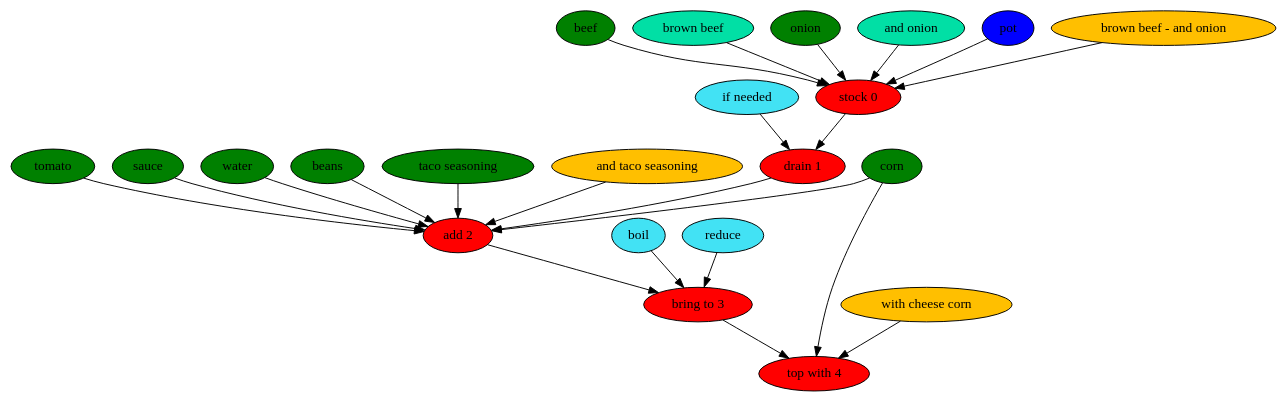
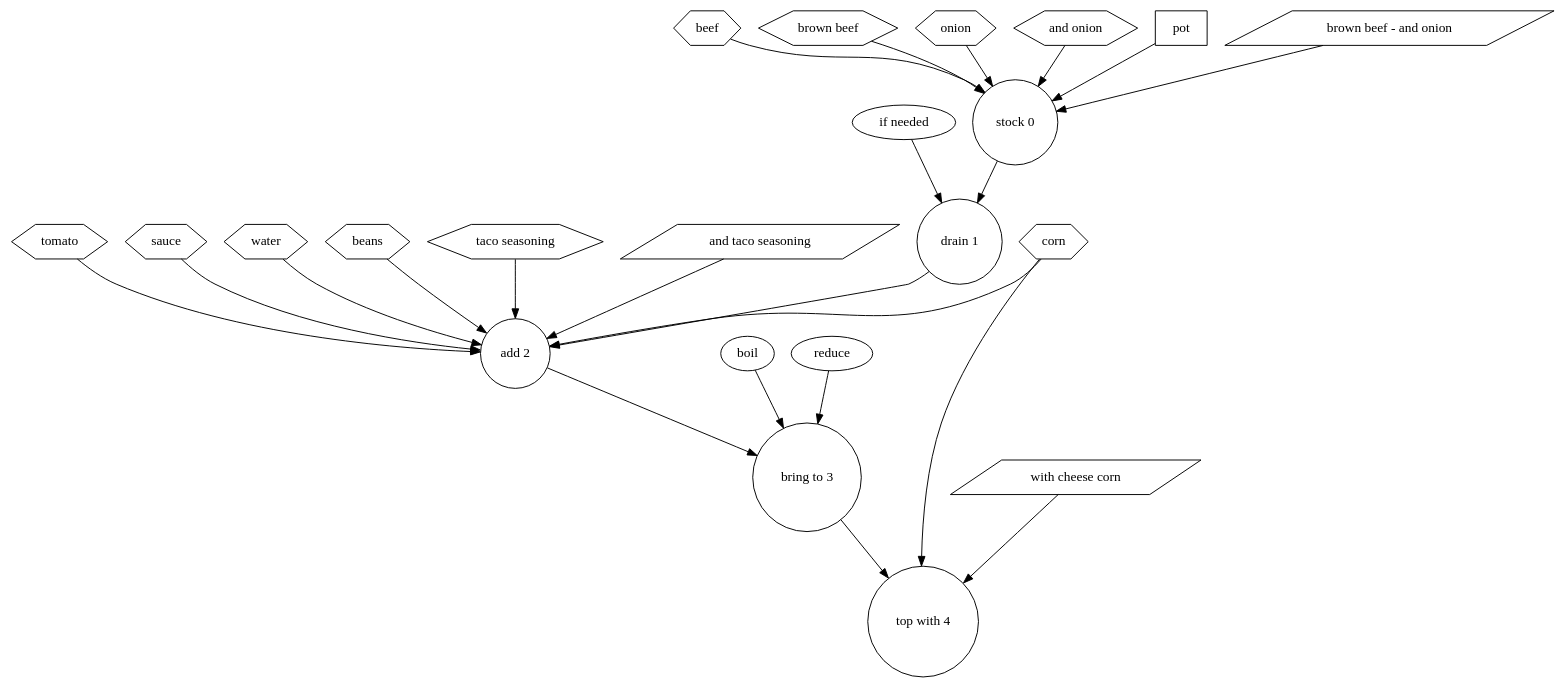
Before and after one commit to can-keklik/RecipePostagger: the diagram in results/paper3/taco-soup-iv.dot, drawn with Graphviz. The commit also changed 6 other files, not shown here.

```diff
--- a/results/paper3/taco-soup-iv.dot
+++ b/results/paper3/taco-soup-iv.dot
@@ -1,49 +1,49 @@
 digraph G {
-"stock 0" [style=filled, fillcolor=red];
-beef [style=filled, fillcolor=green];
+"stock 0" [shape=circle, style=filled, fillcolor=white];
+beef [shape=hexagon, style=filled, fillcolor=white];
 beef -> "stock 0";
-"brown beef" [style=filled, fillcolor="#01DFA5"];
+"brown beef" [shape=hexagon, style=filled, fillcolor=white];
 "brown beef" -> "stock 0";
-onion [style=filled, fillcolor=green];
+onion [shape=hexagon, style=filled, fillcolor=white];
 onion -> "stock 0";
-"and onion" [style=filled, fillcolor="#01DFA5"];
+"and onion" [shape=hexagon, style=filled, fillcolor=white];
 "and onion" -> "stock 0";
-pot [style=filled, fillcolor="#0000ff"];
+pot [shape=box, style=filled, fillcolor=white];
 pot -> "stock 0";
-"brown beef - and onion" [style=filled, fillcolor="#FFBF00"];
+"brown beef - and onion" [shape=parallelogram, style=filled, fillcolor=white];
 "brown beef - and onion" -> "stock 0";
-"drain 1" [style=filled, fillcolor=red];
-"if needed" [style=filled, fillcolor="#42e2f4"];
+"drain 1" [shape=circle, style=filled, fillcolor=white];
+"if needed" [shape=ellipse, style=filled, fillcolor=white];
 "if needed" -> "drain 1";
-"add 2" [style=filled, fillcolor=red];
-tomato [style=filled, fillcolor=green];
+"add 2" [shape=circle, style=filled, fillcolor=white];
+tomato [shape=hexagon, style=filled, fillcolor=white];
 tomato -> "add 2";
-sauce [style=filled, fillcolor=green];
+sauce [shape=hexagon, style=filled, fillcolor=white];
 sauce -> "add 2";
-water [style=filled, fillcolor=green];
+water [shape=hexagon, style=filled, fillcolor=white];
 water -> "add 2";
-beans [style=filled, fillcolor=green];
+beans [shape=hexagon, style=filled, fillcolor=white];
 beans -> "add 2";
-corn [style=filled, fillcolor=green];
+corn [shape=hexagon, style=filled, fillcolor=white];
 corn -> "add 2";
-"taco seasoning" [style=filled, fillcolor=green];
+"taco seasoning" [shape=hexagon, style=filled, fillcolor=white];
 "taco seasoning" -> "add 2";
-"and taco seasoning" [style=filled, fillcolor="#01DFA5"];
+"and taco seasoning" [shape=hexagon, style=filled, fillcolor=white];
 "and taco seasoning" -> "add 2";
-"and taco seasoning" [style=filled, fillcolor="#FFBF00"];
-"bring to 3" [style=filled, fillcolor=red];
-boil [style=filled, fillcolor="#42e2f4"];
+"and taco seasoning" [shape=parallelogram, style=filled, fillcolor=white];
+"bring to 3" [shape=circle, style=filled, fillcolor=white];
+boil [shape=ellipse, style=filled, fillcolor=white];
 boil -> "bring to 3";
-reduce [style=filled, fillcolor="#42e2f4"];
+reduce [shape=ellipse, style=filled, fillcolor=white];
 reduce -> "bring to 3";
-"top with 4" [style=filled, fillcolor=red];
-corn [style=filled, fillcolor=green];
+"top with 4" [shape=circle, style=filled, fillcolor=white];
+corn [shape=hexagon, style=filled, fillcolor=white];
 corn -> "top with 4";
-"with cheese corn" [style=filled, fillcolor="#01DFA5"];
+"with cheese corn" [shape=hexagon, style=filled, fillcolor=white];
 "with cheese corn" -> "top with 4";
-"with cheese corn" [style=filled, fillcolor="#FFBF00"];
+"with cheese corn" [shape=parallelogram, style=filled, fillcolor=white];
 "stock 0" -> "drain 1";
 "drain 1" -> "add 2";
 "add 2" -> "bring to 3";
 "bring to 3" -> "top with 4";
 }
```
